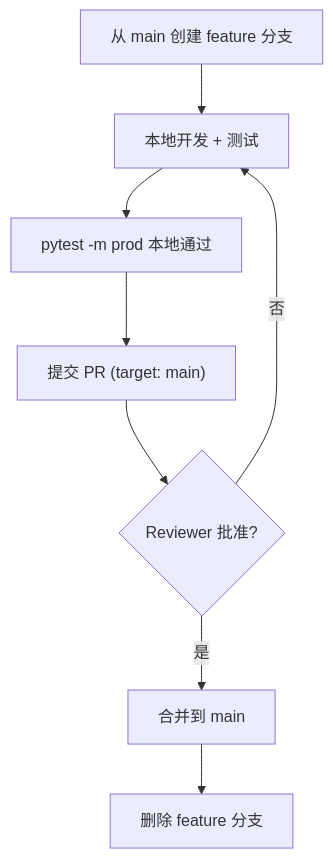
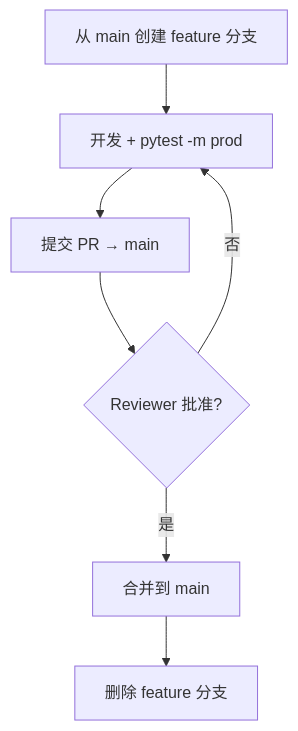
One commit to Xubenbenn/algo-source changed the first of 2 diagrams in docs/development-workflow.md. Above: the diagram before and after it, drawn with Mermaid. The commit also changed other lines of this file and 1 other file, not shown here.

````diff
--- a/docs/development-workflow.md
+++ b/docs/development-workflow.md
@@ -23,10 +21,9 @@
 ```mermaid
 flowchart TD
-    A["从 main 创建 feature 分支"] --> B["本地开发 + 测试"]
-    B --> C["pytest -m prod 本地通过"]
-    C --> D["提交 PR (target: main)"]
-    D --> E{"Reviewer 批准?"}
-    E -->|否| B
-    E -->|是| F["合并到 main"]
-    F --> G["删除 feature 分支"]
+    A["从 main 创建 feature 分支"] --> B["开发 + pytest -m prod"]
+    B --> C["提交 PR → main"]
+    C --> D{"Reviewer 批准?"}
+    D -->|否| B
+    D -->|是| E["合并到 main"]
+    E --> F["删除 feature 分支"]
 ```
````
